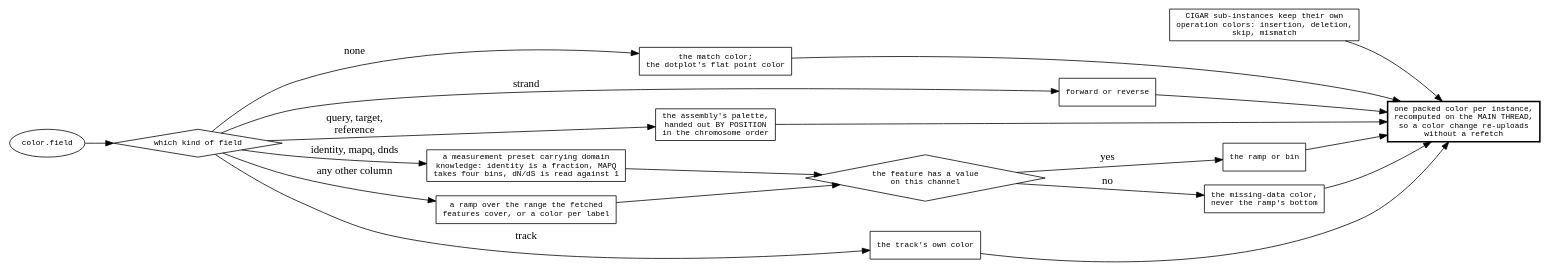
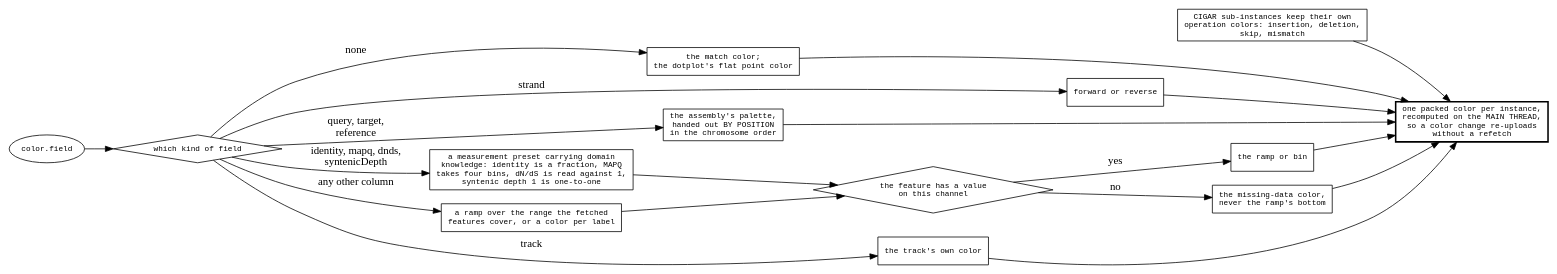
Before and after one commit to GMOD/jbrowse-components: the diagram in agent-docs/reference/diagrams/synteny-color.dot, drawn with Graphviz. The commit also changed 2 other files, not shown here.

Commit message:
Synteny decision tree and color diagram list syntenicDepth

```diff
--- a/agent-docs/reference/diagrams/synteny-color.dot
+++ b/agent-docs/reference/diagrams/synteny-color.dot
@@ -1,35 +1,35 @@
 digraph synteny_color {
   rankdir=LR
   node [shape=box fontname=monospace fontsize=10]
   { node [shape=diamond] mode; present }
 
   colorby [label="color.field", shape=oval]
   colorby -> mode
   mode [label="which kind of field"]
 
   mode -> flat     [label=" none"]
   mode -> strand   [label=" strand"]
   mode -> chrom    [label=" query, target,\n reference"]
-  mode -> preset   [label=" identity, mapq, dnds"]
+  mode -> preset   [label=" identity, mapq, dnds,\n syntenicDepth"]
   mode -> attr     [label=" any other column"]
   mode -> track    [label=" track"]
 
   flat   [label="the match color;\nthe dotplot's flat point color"]
   strand [label="forward or reverse"]
   chrom  [label="the assembly's palette,\nhanded out BY POSITION\nin the chromosome order"]
-  preset [label="a measurement preset carrying domain\nknowledge: identity is a fraction, MAPQ\ntakes four bins, dN/dS is read against 1"]
+  preset [label="a measurement preset carrying domain\nknowledge: identity is a fraction, MAPQ\ntakes four bins, dN/dS is read against 1,\nsyntenic depth 1 is one-to-one"]
   attr   [label="a ramp over the range the fetched\nfeatures cover, or a color per label"]
   track  [label="the track's own color"]
 
   present [label="the feature has a value\non this channel"]
   preset -> present  attr -> present
   present -> ramp    [label=" yes"]
   present -> missing [label=" no"]
   ramp    [label="the ramp or bin"]
   missing [label="the missing-data color,\nnever the ramp's bottom"]
 
   cigar [label="CIGAR sub-instances keep their own\noperation colors: insertion, deletion,\nskip, mismatch"]
 
   out [label="one packed color per instance,\nrecomputed on the MAIN THREAD,\nso a color change re-uploads\nwithout a refetch", style=bold]
   flat -> out  strand -> out  chrom -> out  ramp -> out  missing -> out  track -> out  cigar -> out
 }
```
